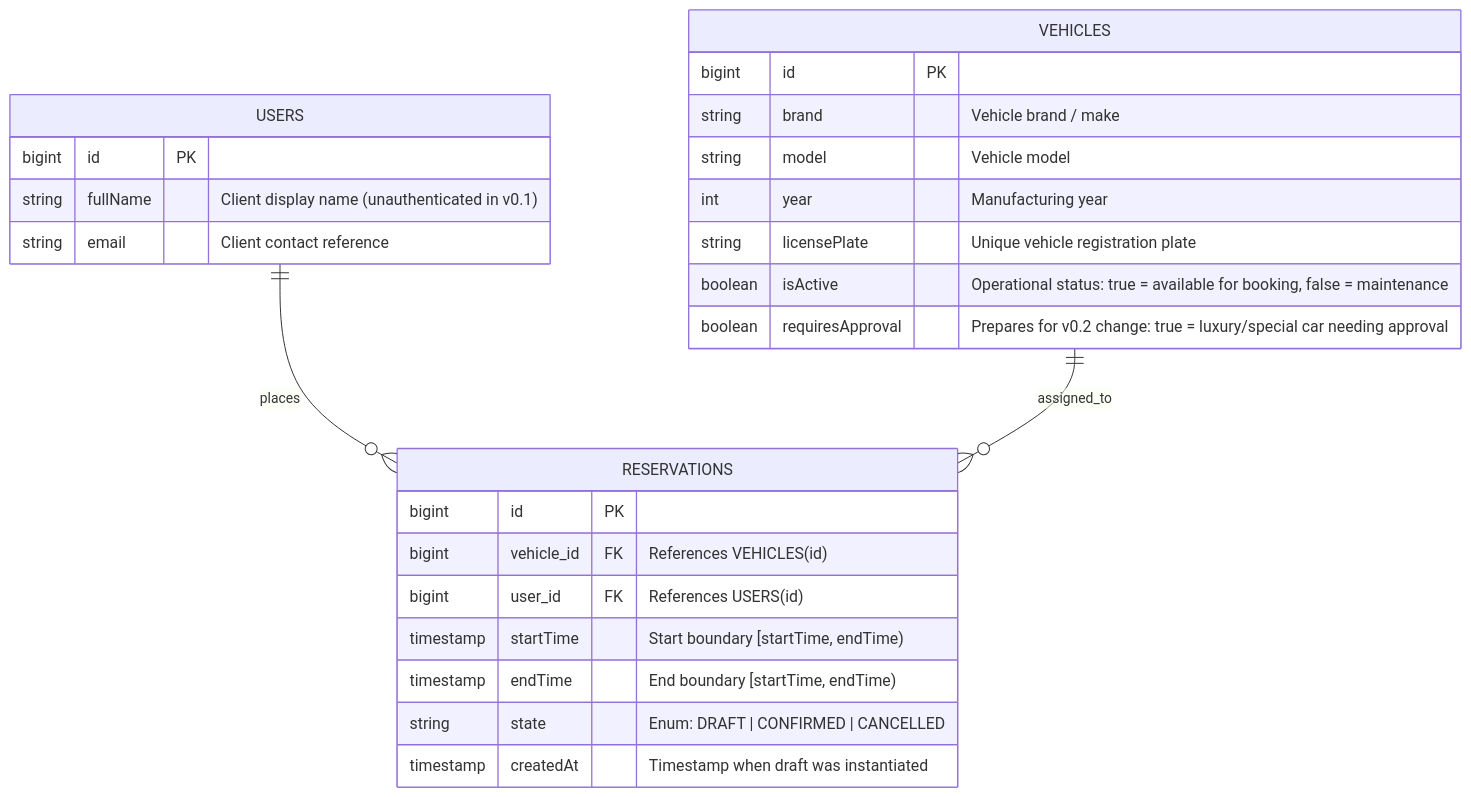
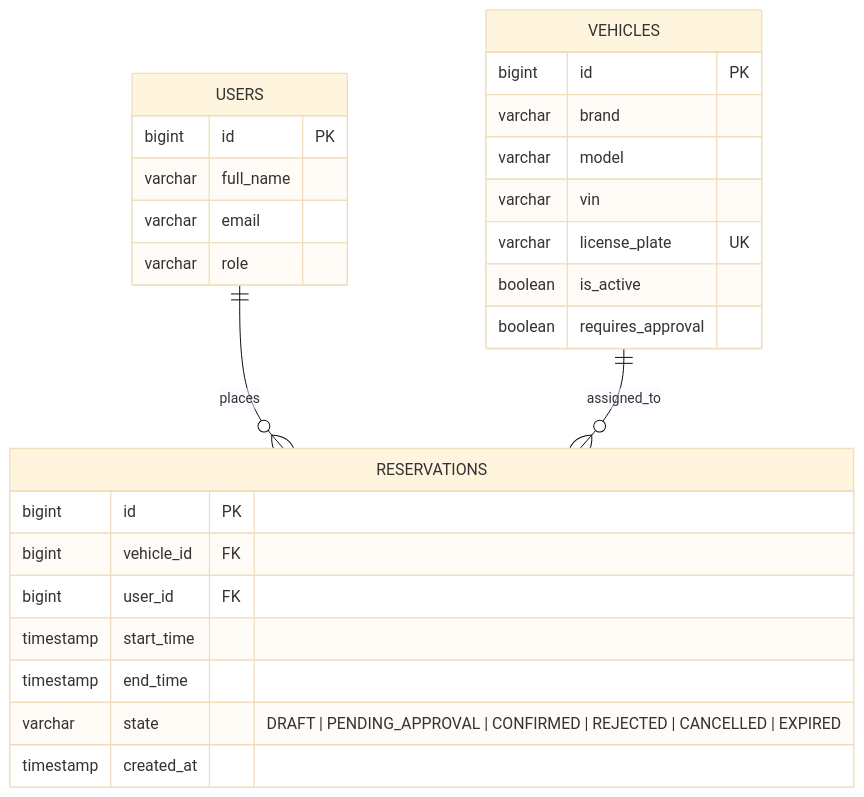
Before and after one commit to Zephy-X/AutaRepo: the diagram in docs/specification/diagrams/database-erd.mmd, drawn with Mermaid. The commit also changed 7 other files, not shown here.

```diff
--- a/docs/specification/diagrams/database-erd.mmd
+++ b/docs/specification/diagrams/database-erd.mmd
@@ -1,29 +1,31 @@
+%%{init: {"theme": "base", "er": {"layoutDirection": "LR"}}}%%
 erDiagram
     USERS ||--o{ RESERVATIONS : places
     VEHICLES ||--o{ RESERVATIONS : assigned_to
 
     USERS {
         bigint id PK
-        string fullName "Client display name (unauthenticated in v0.1)"
-        string email "Client contact reference"
+        varchar full_name
+        varchar email
+        varchar role
     }
 
     VEHICLES {
         bigint id PK
-        string brand "Vehicle brand / make"
-        string model "Vehicle model"
-        int year "Manufacturing year"
-        string licensePlate "Unique vehicle registration plate"
-        boolean isActive "Operational status: true = available for booking, false = maintenance"
-        boolean requiresApproval "Prepares for v0.2 change: true = luxury/special car needing approval"
+        varchar brand
+        varchar model
+        varchar vin
+        varchar license_plate UK
+        boolean is_active
+        boolean requires_approval
     }
 
     RESERVATIONS {
         bigint id PK
-        bigint vehicle_id FK "References VEHICLES(id)"
-        bigint user_id FK "References USERS(id)"
-        timestamp startTime "Start boundary [startTime, endTime)"
-        timestamp endTime "End boundary [startTime, endTime)"
-        string state "Enum: DRAFT | CONFIRMED | CANCELLED"
-        timestamp createdAt "Timestamp when draft was instantiated"
+        bigint vehicle_id FK
+        bigint user_id FK
+        timestamp start_time
+        timestamp end_time
+        varchar state "DRAFT | PENDING_APPROVAL | CONFIRMED | REJECTED | CANCELLED | EXPIRED"
+        timestamp created_at
     }
```
